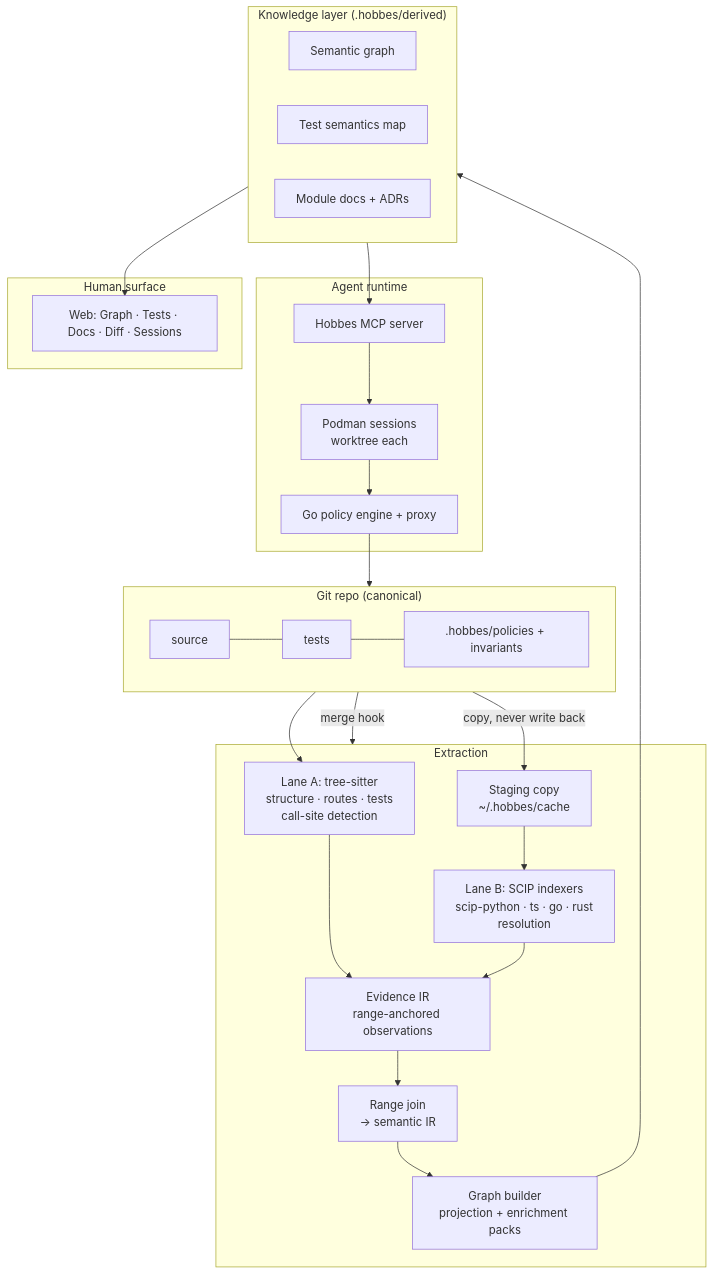
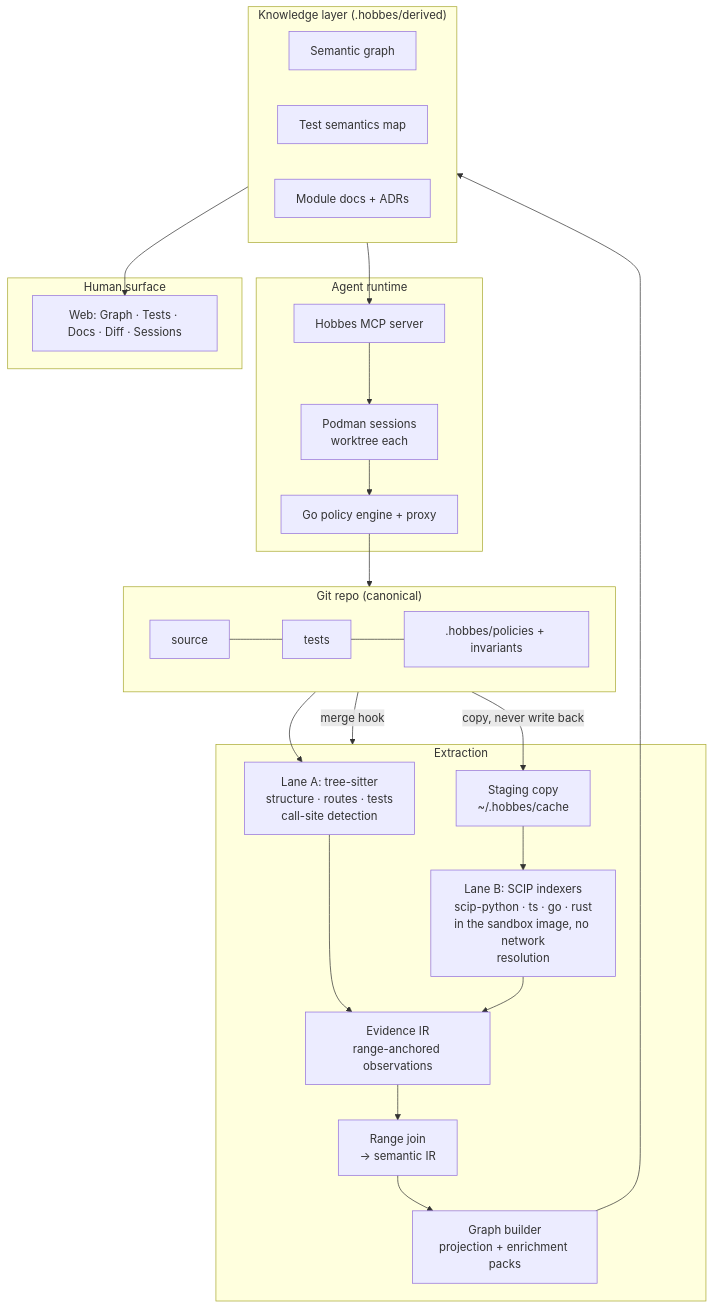
The diagram in docs/hobbes-architecture.md (majax7714/Hobbes), drawn with Mermaid before and after one commit. The commit also changed other lines of this file and 9 other files, not shown here.

First line of the commit message:
docs(architecture): drift audit (ADR-033 §9) — 41 fixes; §3.8 pins re-derived (the suite was red); this repo's Go cell regraded contained to 100%

````diff
--- a/docs/hobbes-architecture.md
+++ b/docs/hobbes-architecture.md
@@ -253,42 +260,42 @@
 ```mermaid
 flowchart TB
     subgraph Repo["Git repo (canonical)"]
         SRC[source] --- TESTS[tests] --- POL[.hobbes/policies + invariants]
     end
 
     subgraph Extract["Extraction"]
         LA[Lane A: tree-sitter\nstructure · routes · tests\ncall-site detection]
         STG[Staging copy\n~/.hobbes/cache]
-        LB[Lane B: SCIP indexers\nscip-python · ts · go · rust\nresolution]
+        LB[Lane B: SCIP indexers\nscip-python · ts · go · rust\nin the sandbox image, no network\nresolution]
         EIR[Evidence IR\nrange-anchored observations]
         JOIN[Range join\n→ semantic IR]
         GB[Graph builder\nprojection + enrichment packs]
         STG --> LB
         LA --> EIR
         LB --> EIR
         EIR --> JOIN --> GB
     end
 
     subgraph Knowledge["Knowledge layer (.hobbes/derived)"]
         GRAPH[Semantic graph]
         TMAP[Test semantics map]
         DOCS[Module docs + ADRs]
     end
 
     subgraph Runtime["Agent runtime"]
         MCP[Hobbes MCP server]
         SBX[Podman sessions\nworktree each]
         PROXY[Go policy engine + proxy]
     end
 
     subgraph Surface["Human surface"]
         UI[Web: Graph · Tests · Docs · Diff · Sessions]
     end
 
     Repo --> LA
     Repo -- copy, never write back --> STG
     GB --> Knowledge
     Knowledge --> MCP --> SBX --> PROXY --> Repo
     Knowledge --> UI
     Repo -- merge hook --> Extract
 ```
````
